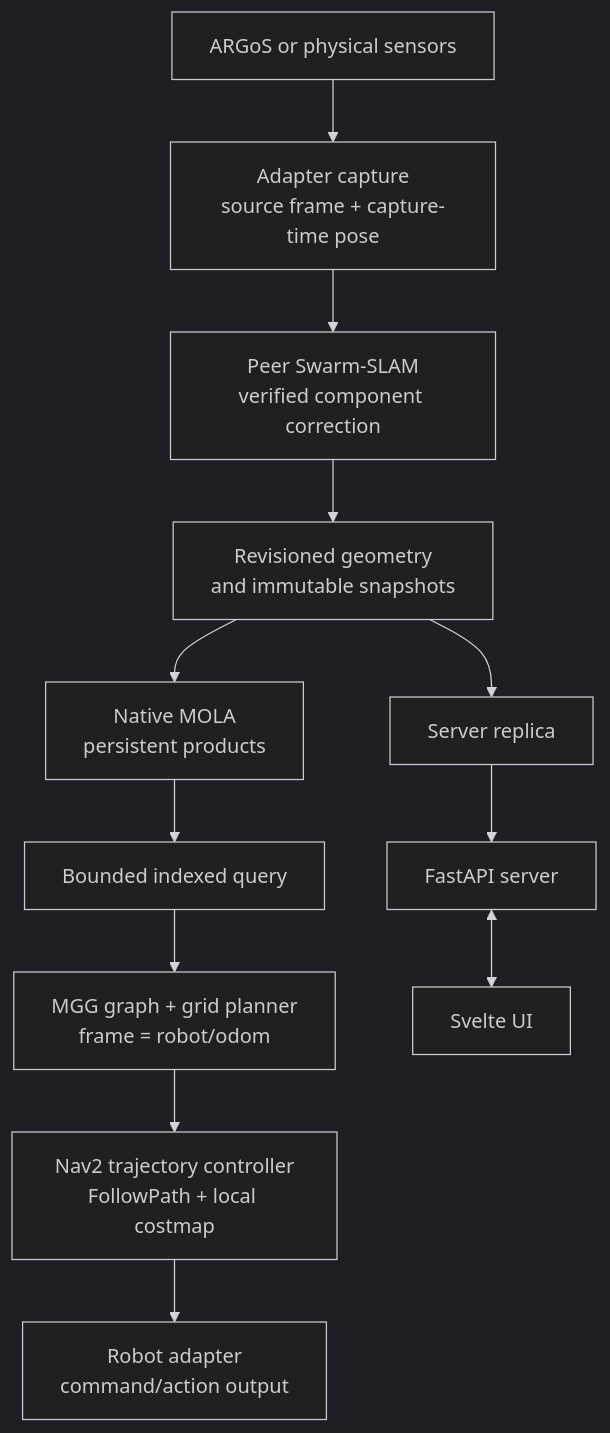
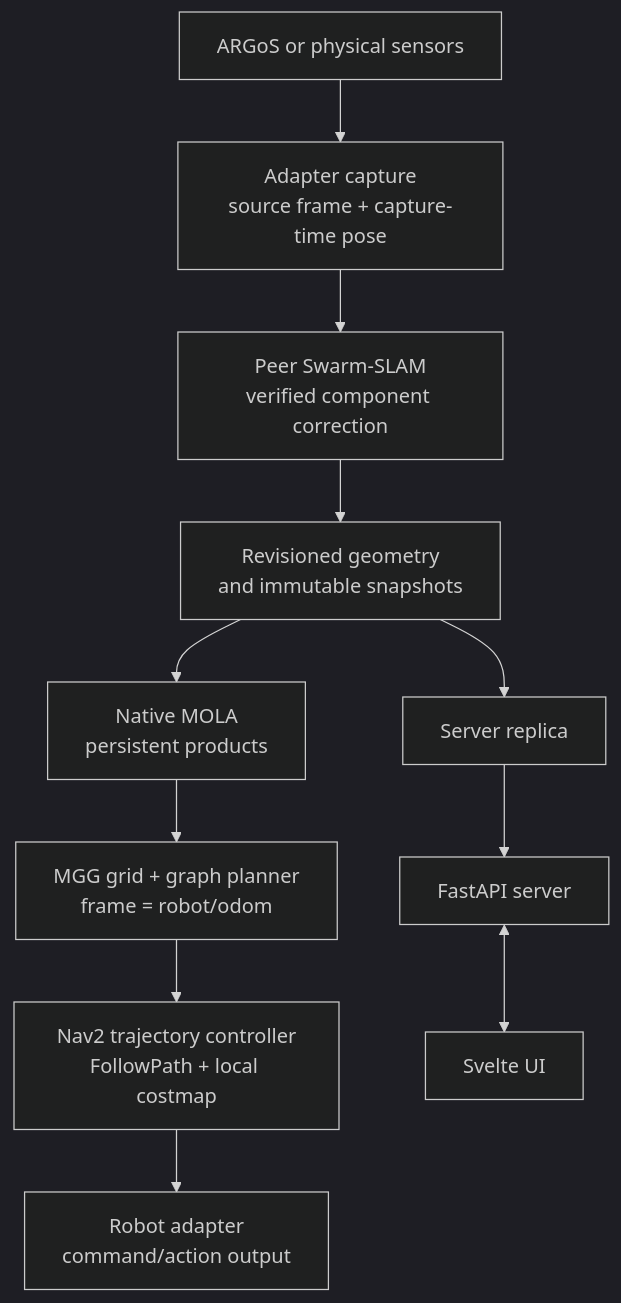
One commit to SimonR99/swarmdeck changed the diagram in docs/plan.md. Above: the diagram before and after it, drawn with Mermaid (dark theme). The commit also changed other lines of this file and 60 other files, not shown here.

````diff
--- a/docs/plan.md
+++ b/docs/plan.md
@@ -15,14 +15,13 @@
 ```mermaid
 flowchart TB
   Sensors["ARGoS or physical sensors"] --> Capture["Adapter capture<br/>source frame + capture-time pose"]
   Capture --> Peer["Peer Swarm-SLAM<br/>verified component correction"]
   Peer --> Chunks["Revisioned geometry<br/>and immutable snapshots"]
   Chunks --> MOLA["Native MOLA<br/>persistent products"]
-  MOLA --> Query["Bounded indexed query"]
-  Query --> MGG["MGG graph + grid planner<br/>frame = robot/odom"]
+  MOLA --> MGG["MGG grid + graph planner<br/>frame = robot/odom"]
   MGG --> Nav2["Nav2 trajectory controller<br/>FollowPath + local costmap"]
   Nav2 --> Adapter["Robot adapter<br/>command/action output"]
   Chunks --> Replica["Server replica"]
   Replica --> Server["FastAPI server"]
   Server <--> UI["Svelte UI"]
 ```
````
